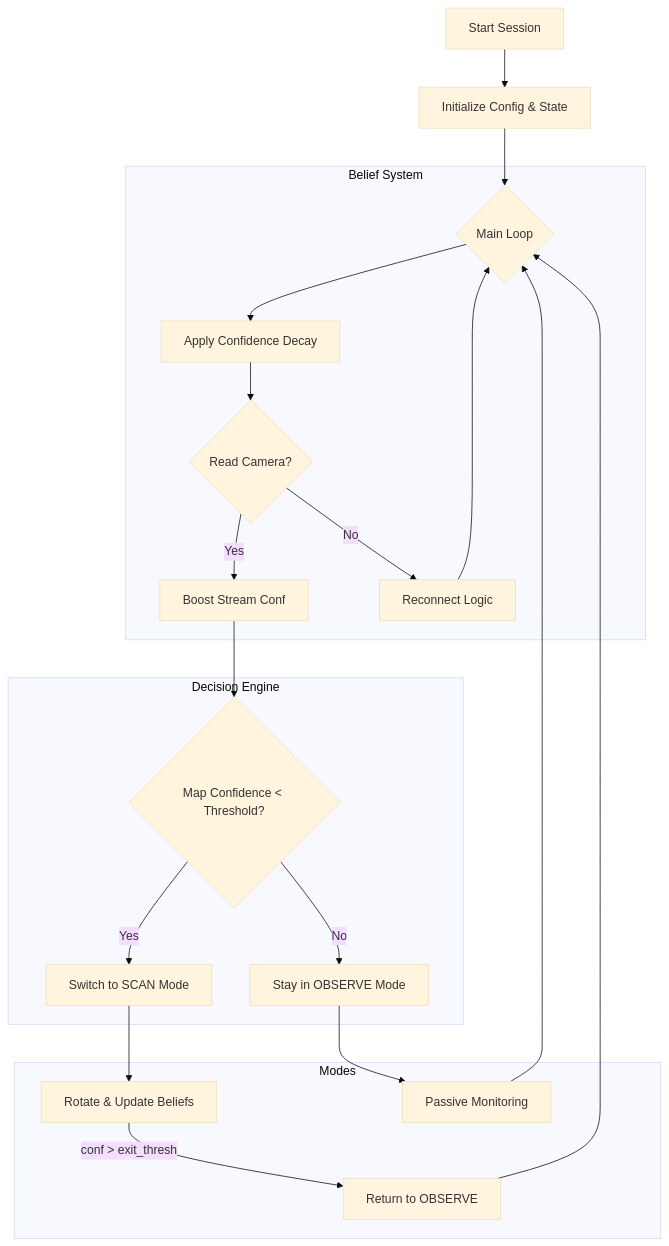
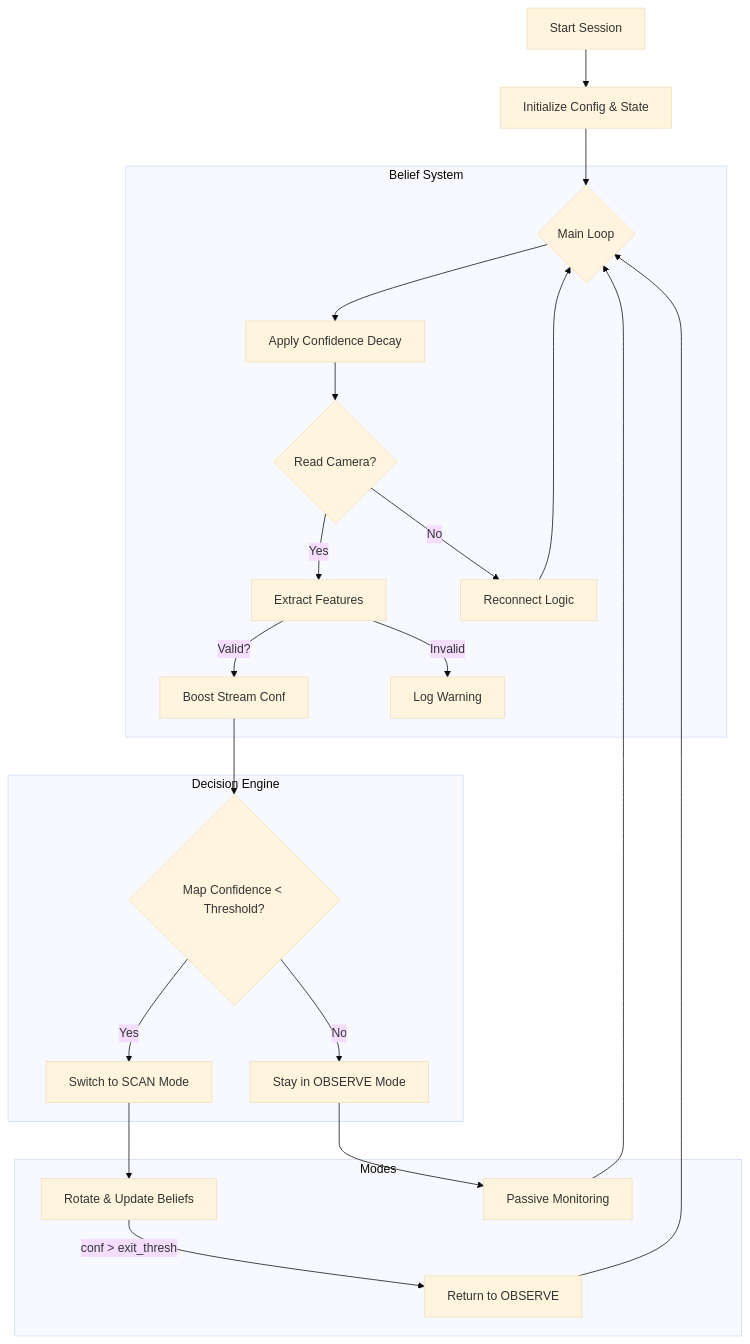
Before and after one commit to demonriot/wally: the diagram in README.md, drawn with Mermaid (base theme). The commit also changed other lines of this file, not shown here.

Commit message:
docs: Expand README to detail uncertainty modeling, perception features, and updated architecture with corresponding project structure and configuration.

````diff
--- a/README.md
+++ b/README.md
@@ -21,28 +35,30 @@
 ```mermaid
 graph TD
     Start[Start Session] --> Init[Initialize Config & State]
     Init --> Loop{Main Loop}
     
     subgraph "Belief System"
         Loop --> Decay[Apply Confidence Decay]
         Decay --> CheckStream{Read Camera?}
-        CheckStream -- Yes --> BoostStream[Boost Stream Conf]
+        CheckStream -- Yes --> Feat[Extract Features]
+        Feat -- Valid? --> BoostStream[Boost Stream Conf]
+        Feat -- Invalid --> Log[Log Warning]
         CheckStream -- No --> Reconnect[Reconnect Logic]
     end
 
     subgraph "Decision Engine"
         BoostStream --> Policy{Map Confidence < Threshold?}
         Policy -- Yes --> EnterScan[Switch to SCAN Mode]
         Policy -- No --> StayObserve[Stay in OBSERVE Mode]
     end
 
     subgraph "Modes"
         EnterScan --> ScanLoop[Rotate & Update Beliefs]
         ScanLoop --> |conf > exit_thresh| ExitScan[Return to OBSERVE]
         StayObserve --> ObserveLoop[Passive Monitoring]
     end
 
     ExitScan --> Loop
     ObserveLoop --> Loop
     Reconnect --> Loop
 ```
````
